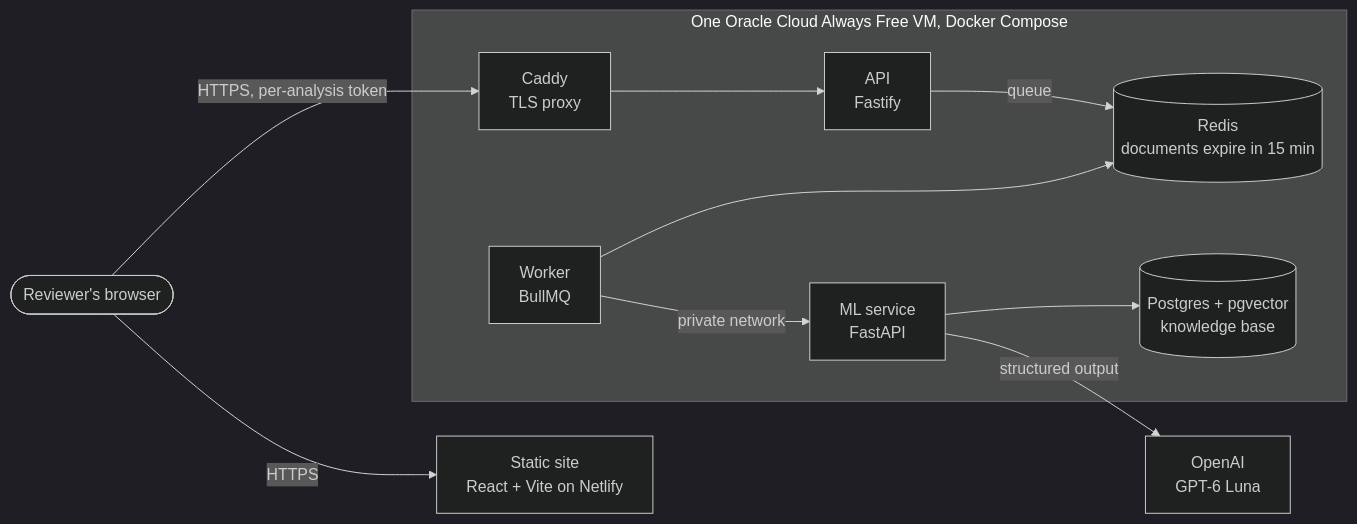
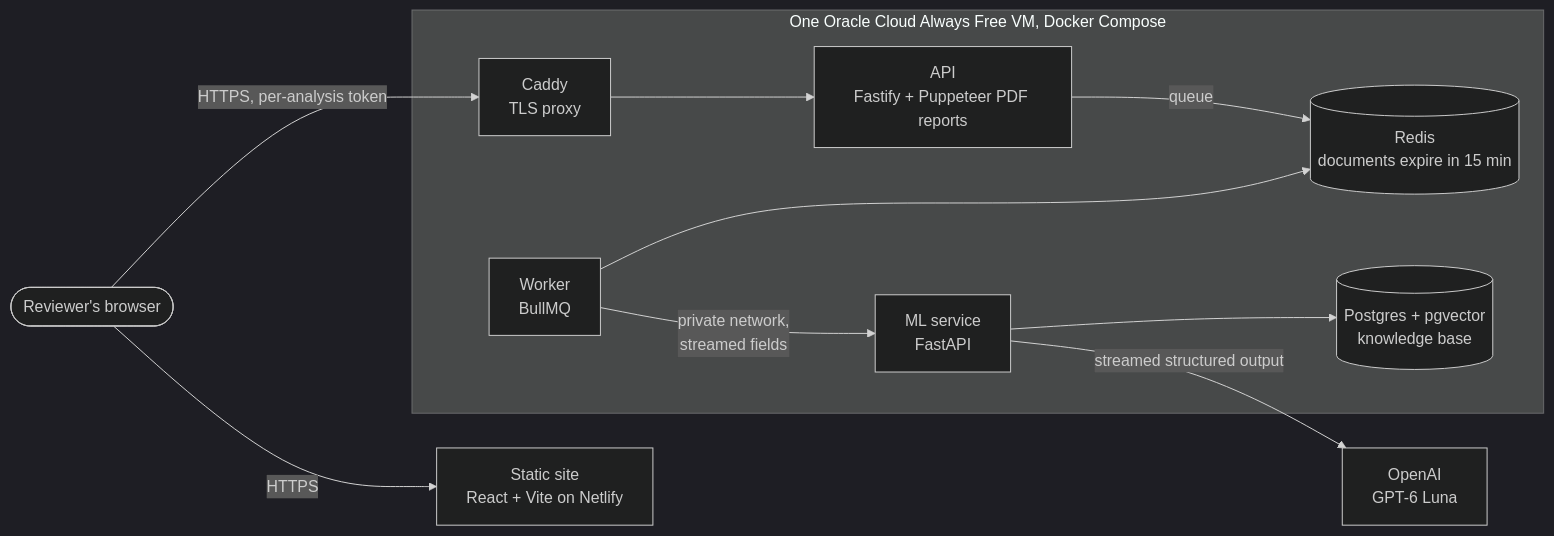
Before and after one commit to Weasley18/hirelens: the diagram in README.md, drawn with Mermaid (dark theme). The commit also changed other lines of this file, not shown here.

````diff
--- a/README.md
+++ b/README.md
@@ -41,13 +49,13 @@
 ```mermaid
 flowchart LR
   user([Reviewer's browser]) -->|HTTPS| web[Static site<br/>React + Vite on Netlify]
   user -->|HTTPS, per-analysis token| caddy[Caddy<br/>TLS proxy]
   subgraph vm [One Oracle Cloud Always Free VM, Docker Compose]
-    caddy --> api[API<br/>Fastify]
+    caddy --> api[API<br/>Fastify + Puppeteer PDF reports]
     api -->|queue| redis[(Redis<br/>documents expire in 15 min)]
     worker[Worker<br/>BullMQ] --> redis
-    worker -->|private network| ml[ML service<br/>FastAPI]
+    worker -->|private network,<br/>streamed fields| ml[ML service<br/>FastAPI]
     ml --> pg[(Postgres + pgvector<br/>knowledge base)]
   end
-  ml -->|structured output| llm[OpenAI<br/>GPT-6 Luna]
+  ml -->|streamed structured output| llm[OpenAI<br/>GPT-6 Luna]
 ```
````
